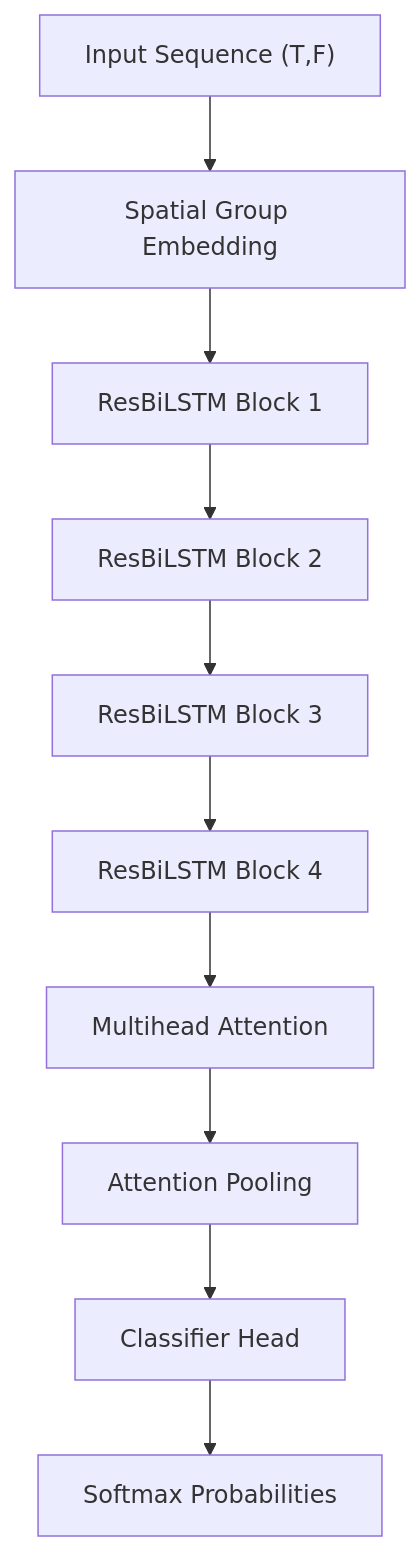
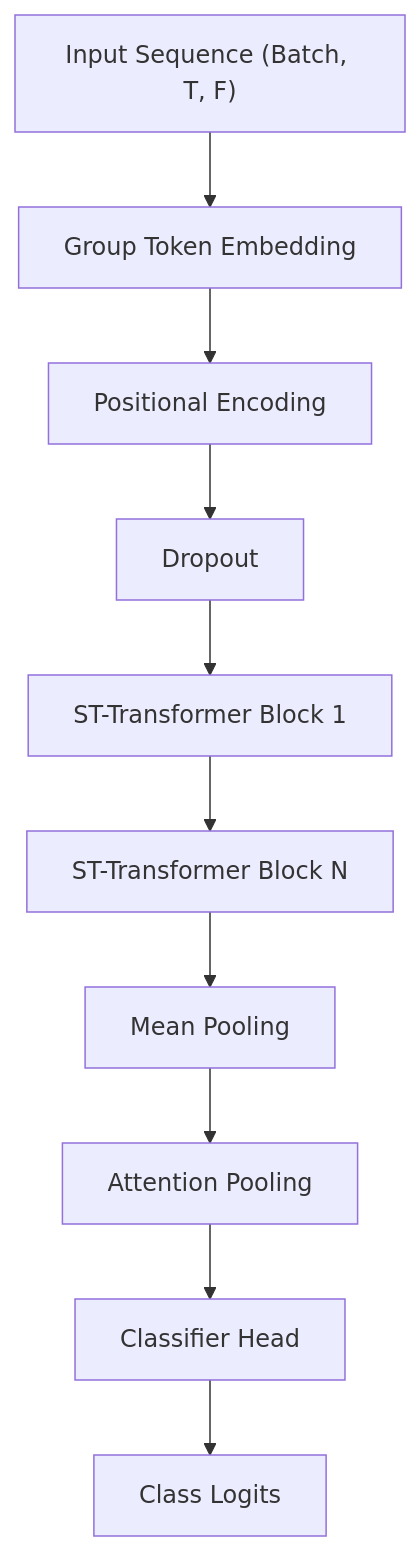
Before and after one commit to yousefelkilany/Word-level-Arabic-Sign-language: the diagram in docs/models/architecture_design.md, drawn with Mermaid. The commit also changed other lines of this file and 15 other files, not shown here.

````diff
--- a/docs/models/architecture_design.md
+++ b/docs/models/architecture_design.md
@@ -20,12 +20,12 @@
 ```mermaid
 graph TD
-    Input["Input Sequence (T,F)"] --> SGE[Spatial Group Embedding]
-    SGE --> L1[ResBiLSTM Block 1]
-    L1 --> L2[ResBiLSTM Block 2]
-    L2 --> L3[ResBiLSTM Block 3]
-    L3 --> L4[ResBiLSTM Block 4]
-    L4 --> Attn[Multihead Attention]
-    Attn --> Pool[Attention Pooling]
-    Pool --> FC[Classifier Head]
-    FC --> Softmax[Softmax Probabilities]
+    Input["Input Sequence (Batch, T, F)"] --> GTE[Group Token Embedding]
+    GTE --> PE[Positional Encoding]
+    PE --> Drop[Dropout]
+    Drop --> B1[ST-Transformer Block 1]
+    B1 --> B2[ST-Transformer Block N]
+    B2 --> MP[Mean Pooling]
+    MP --> AP[Attention Pooling]
+    AP --> FC[Classifier Head]
+    FC --> Logits[Class Logits]
 ```
````
